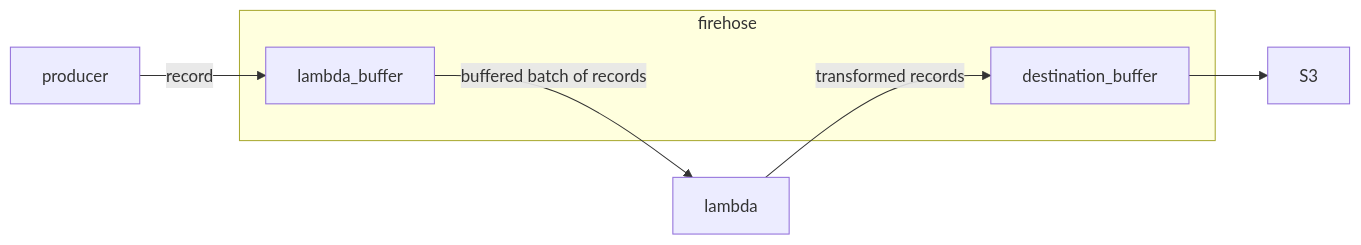
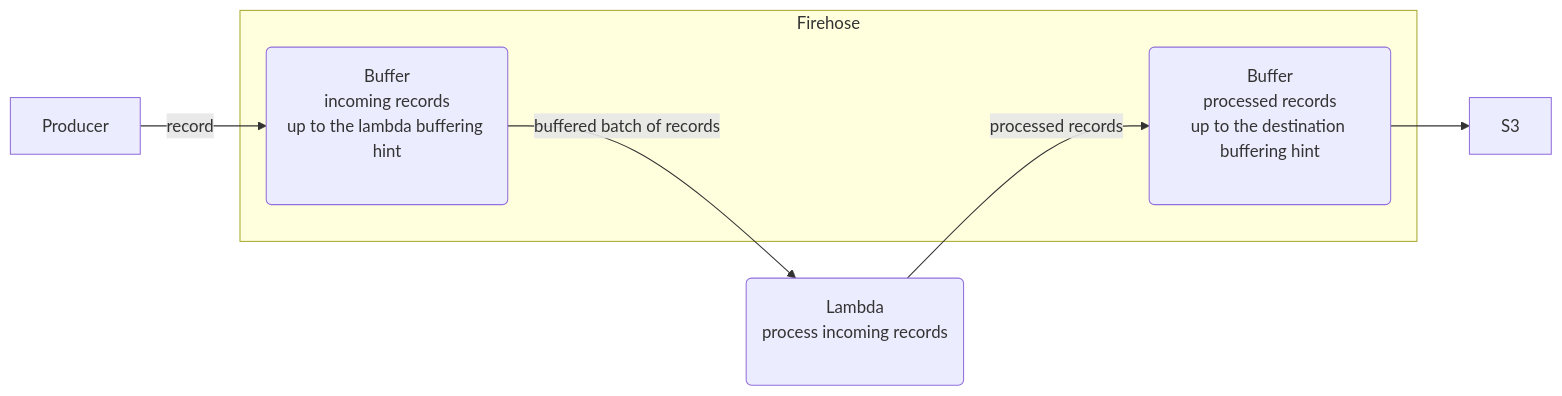
Before and after one commit to maxz1985/docs: the diagram in Writerside/topics/Firehose-Data-Transformation.md, drawn with Mermaid. The commit also changed other lines of this file, not shown here.

````diff
--- a/Writerside/topics/Firehose-Data-Transformation.md
+++ b/Writerside/topics/Firehose-Data-Transformation.md
@@ -3,12 +3,16 @@
 ```mermaid
 flowchart LR
-producer --record--> lambda_buffer
+
+Producer --record--> lambda_buffer
 lambda_buffer --buffered batch of records--> lambda
-lambda --transformed records--> destination_buffer
+lambda --processed records--> destination_buffer
 destination_buffer -->S3
 
-subgraph firehose 
+lambda_buffer(Buffer<br/>incoming records<br/>up to the lambda buffering hint<br/><br/>)
+lambda(Lambda<br/>process incoming records<br/><br/>)
+destination_buffer(Buffer<br/>processed records<br/>up to the destination buffering hint<br/><br/>)
+subgraph Firehose 
     lambda_buffer
     destination_buffer
 end
 ```
````
